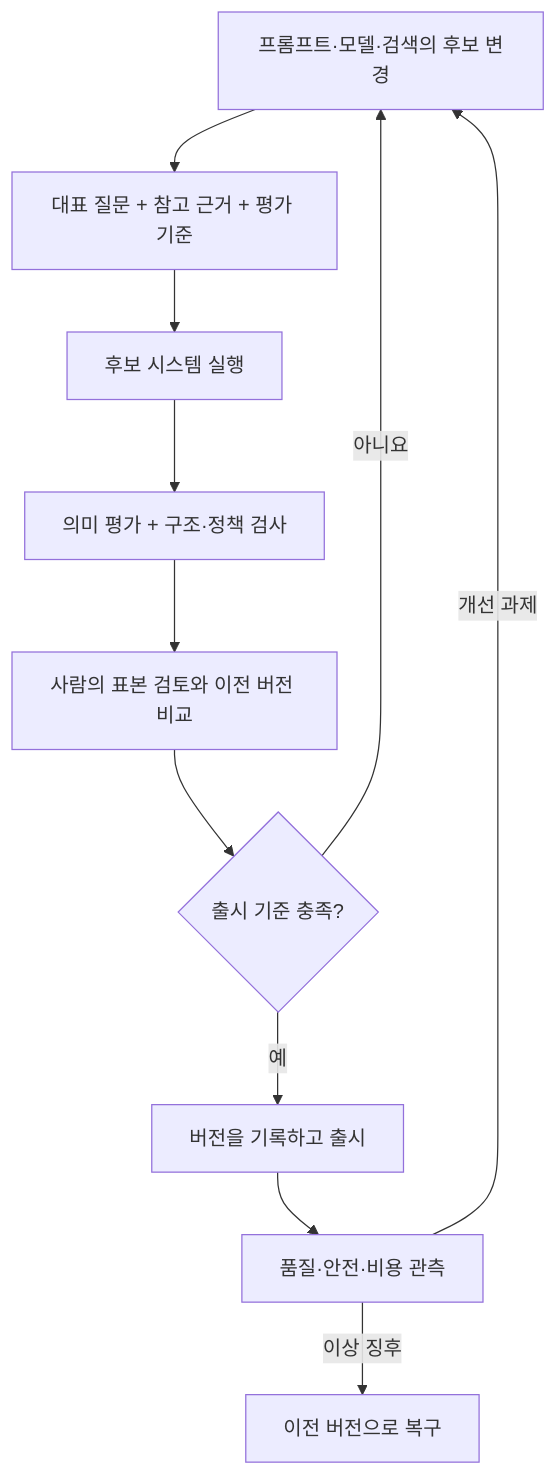
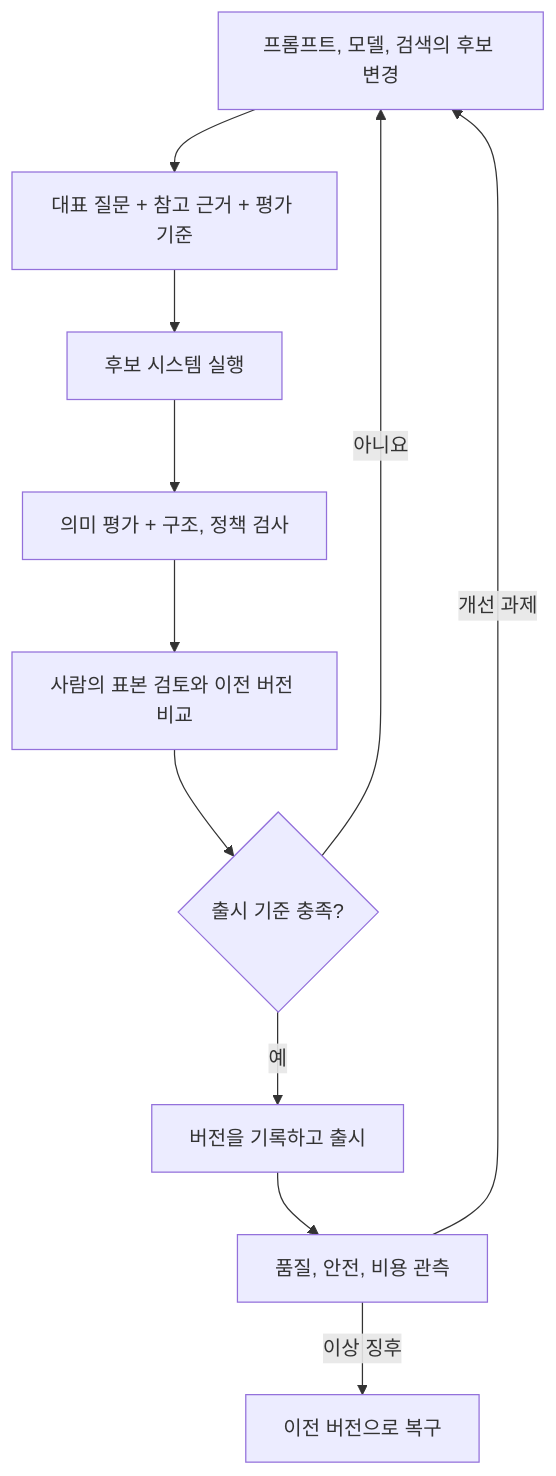
The diagram in content/docs/tech/machine-learning-platform-engineering/13-production-llm-systems.md (johklo/johklo.github.io), drawn with Mermaid before and after one commit. The commit also changed other lines of this file and 14 other files, not shown here.

````diff
--- a/content/docs/tech/machine-learning-platform-engineering/13-production-llm-systems.md
+++ b/content/docs/tech/machine-learning-platform-engineering/13-production-llm-systems.md
@@ -40,15 +38,15 @@
 ```mermaid
 flowchart TD
     accTitle: LLM 변경의 평가와 출시 후 관측
-    accDescr: 프롬프트·모델·검색의 후보 변경을 대표 질문으로 평가합니다. 의미·구조·정책 검사와 사람의 검토를 통과하면 출시하고, 품질·안전·비용을 관측해 필요하면 이전 버전으로 되돌립니다.
-    A["프롬프트·모델·검색의 후보 변경"] --> B["대표 질문 + 참고 근거 + 평가 기준"]
+    accDescr: 프롬프트, 모델, 검색의 후보 변경을 대표 질문으로 평가합니다. 의미, 구조, 정책 검사와 사람의 검토를 통과하면 출시하고, 품질, 안전, 비용을 관측해 필요하면 이전 버전으로 되돌립니다.
+    A["프롬프트, 모델, 검색의 후보 변경"] --> B["대표 질문 + 참고 근거 + 평가 기준"]
     B --> C["후보 시스템 실행"]
-    C --> D["의미 평가 + 구조·정책 검사"]
+    C --> D["의미 평가 + 구조, 정책 검사"]
     D --> E["사람의 표본 검토와 이전 버전 비교"]
     E --> F{"출시 기준 충족?"}
     F -->|"아니요"| A
     F -->|"예"| G["버전을 기록하고 출시"]
-    G --> H["품질·안전·비용 관측"]
+    G --> H["품질, 안전, 비용 관측"]
     H -->|"이상 징후"| R["이전 버전으로 복구"]
     H -->|"개선 과제"| A
 ```
````
